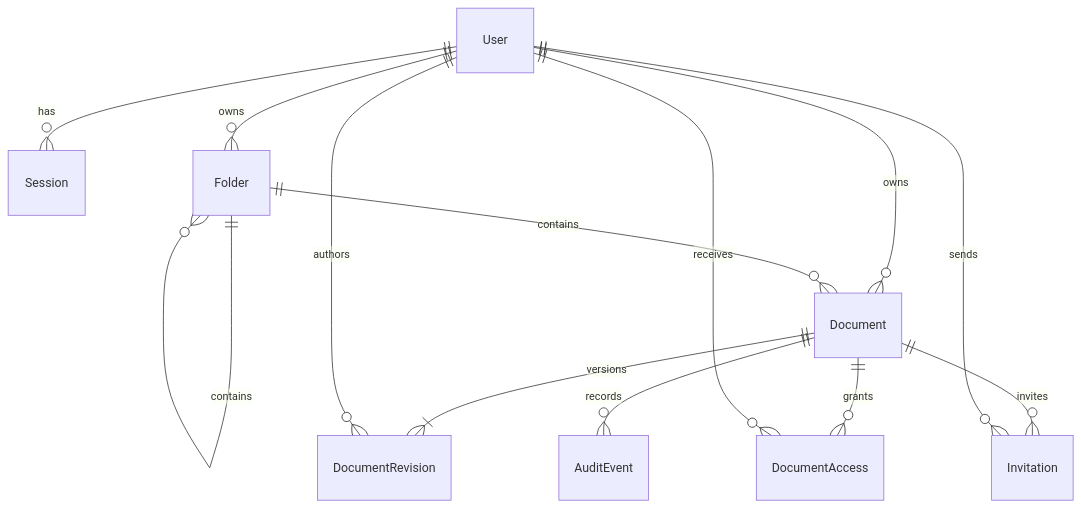
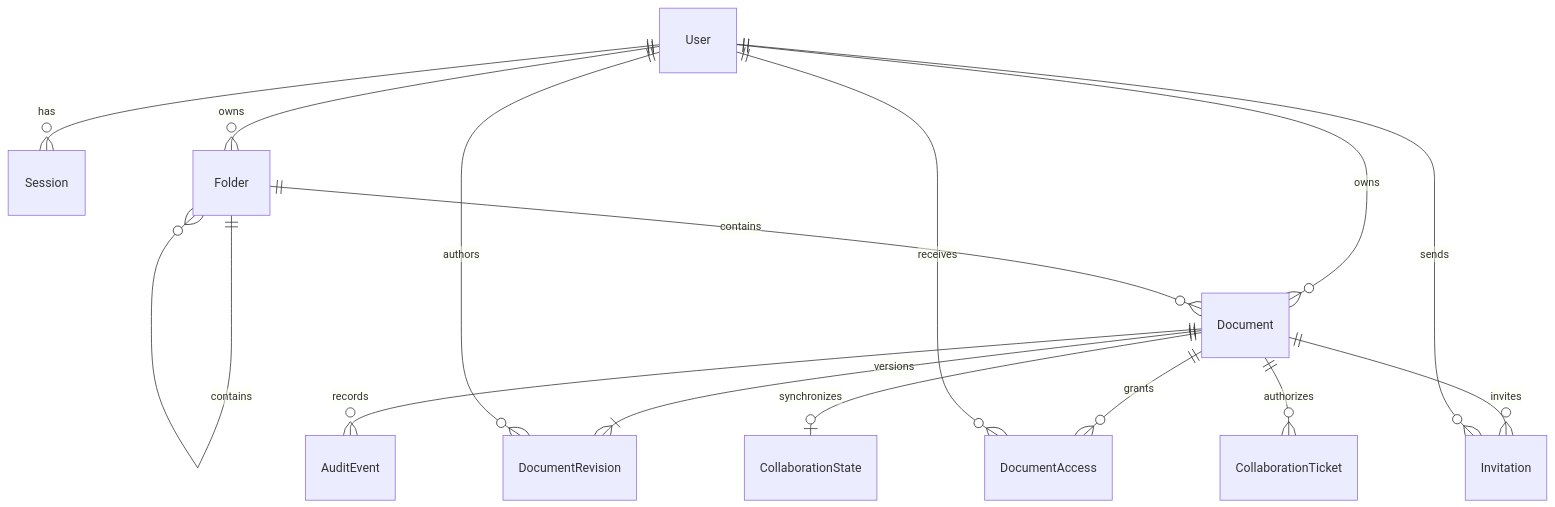
One commit to bombzj/TeamMD changed the diagram in docs/data-model.md. Above: the diagram before and after it, drawn with Mermaid. The commit also changed other lines of this file and 37 other files, not shown here.

Commit message:
feat: add real-time document collaboration

````diff
--- a/docs/data-model.md
+++ b/docs/data-model.md
@@ -7,15 +7,17 @@
 ```mermaid
 erDiagram
   User ||--o{ Session : has
   User ||--o{ Folder : owns
   User ||--o{ Document : owns
   Folder ||--o{ Folder : contains
   Folder ||--o{ Document : contains
   Document ||--|{ DocumentRevision : versions
   User ||--o{ DocumentRevision : authors
   Document ||--o{ DocumentAccess : grants
   User ||--o{ DocumentAccess : receives
   Document ||--o{ Invitation : invites
   User ||--o{ Invitation : sends
   Document ||--o{ AuditEvent : records
+  Document ||--o| CollaborationState : synchronizes
+  Document ||--o{ CollaborationTicket : authorizes
 ```
````
